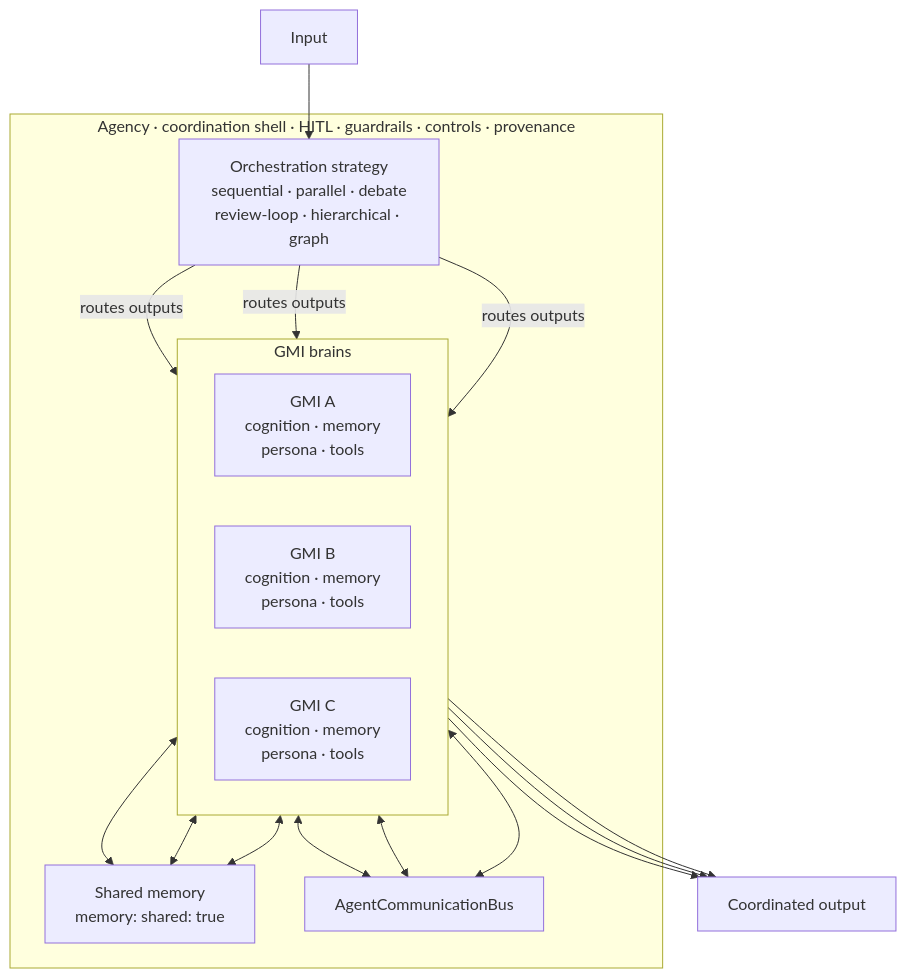
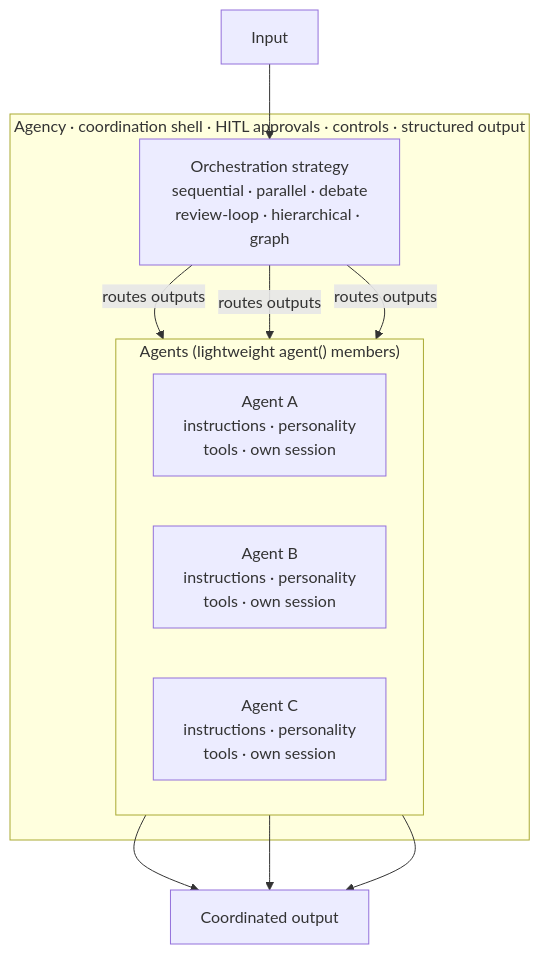
The diagram in docs/orchestration/AGENCY_API.md (RheagalFire/agentos), drawn with Mermaid before and after one commit. The commit also changed other lines of this file and 4 other files, not shown here.

````diff
--- a/docs/orchestration/AGENCY_API.md
+++ b/docs/orchestration/AGENCY_API.md
@@ -58,28 +67,20 @@
 ```mermaid
 graph TB
     Input["Input"]
-    subgraph Agency["Agency · coordination shell · HITL · guardrails · controls · provenance"]
+    subgraph Agency["Agency · coordination shell · HITL approvals · controls · structured output"]
         Strategy["Orchestration strategy<br/>sequential · parallel · debate<br/>review-loop · hierarchical · graph"]
-        subgraph Brains["GMI brains"]
+        subgraph Members["Agents (lightweight agent() members)"]
             direction LR
-            A["GMI A<br/>cognition · memory<br/>persona · tools"]
-            B["GMI B<br/>cognition · memory<br/>persona · tools"]
-            C["GMI C<br/>cognition · memory<br/>persona · tools"]
+            A["Agent A<br/>instructions · personality<br/>tools · own session"]
+            B["Agent B<br/>instructions · personality<br/>tools · own session"]
+            C["Agent C<br/>instructions · personality<br/>tools · own session"]
         end
-        SharedMem["Shared memory<br/>memory: shared: true"]
-        Bus["AgentCommunicationBus"]
         Strategy -->|routes outputs| A
         Strategy -->|routes outputs| B
         Strategy -->|routes outputs| C
-        A <--> SharedMem
-        B <--> SharedMem
-        C <--> SharedMem
-        A <--> Bus
-        B <--> Bus
-        C <--> Bus
     end
     Input --> Strategy
     A --> Output["Coordinated output"]
     B --> Output
     C --> Output
 ```
````
